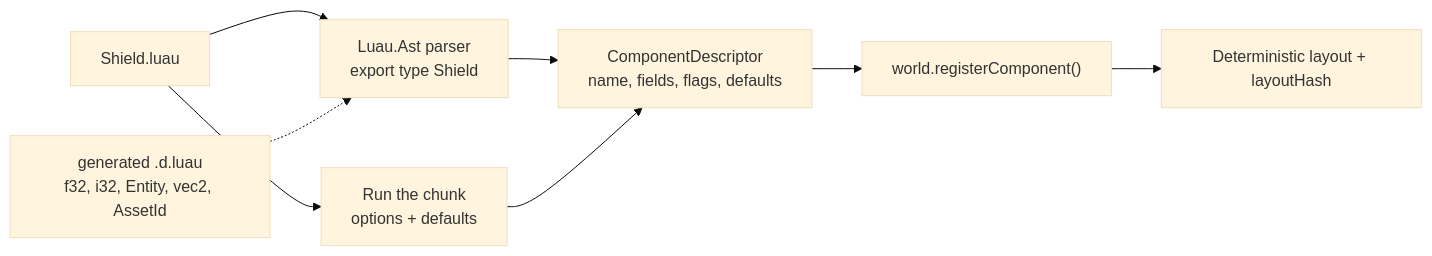
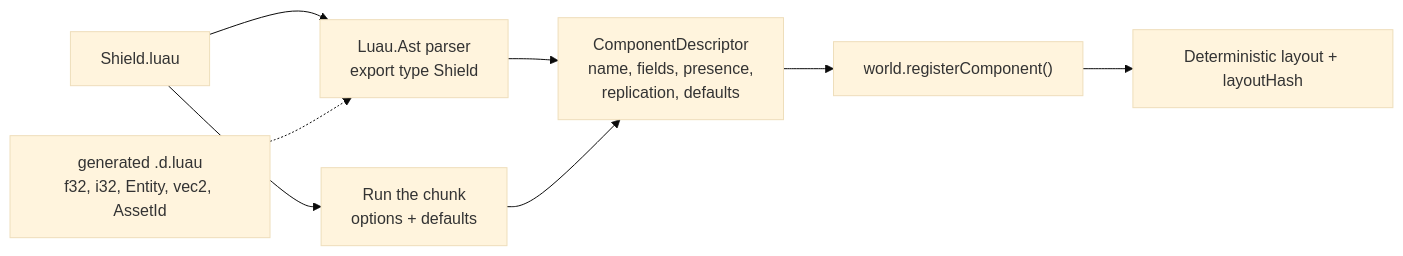
The diagram in docs/ecs/features/19-luau-bridge.md (Charles-Mahoudeau/rtype), drawn with Mermaid (base theme) before and after one commit. The commit also changed other lines of this file and 13 other files, not shown here.

Commit message:
fix (docs) : ascii into mermaid blocks for better documentation

````diff
--- a/docs/ecs/features/19-luau-bridge.md
+++ b/docs/ecs/features/19-luau-bridge.md
@@ -57,10 +57,10 @@
 ```mermaid
 flowchart LR
     file["Shield.luau"] --> parse["Luau.Ast parser<br/>export type Shield"]
     aliases["generated .d.luau<br/>f32, i32, Entity, vec2, AssetId"] -.-> parse
-    parse --> desc["ComponentDescriptor<br/>name, fields, flags, defaults"]
+    parse --> desc["ComponentDescriptor<br/>name, fields, presence,<br/>replication, defaults"]
     file --> run["Run the chunk<br/>options + defaults"]
     run --> desc
     desc --> reg["world.registerComponent()"]
     reg --> layout["Deterministic layout + layoutHash"]
 ```
````
